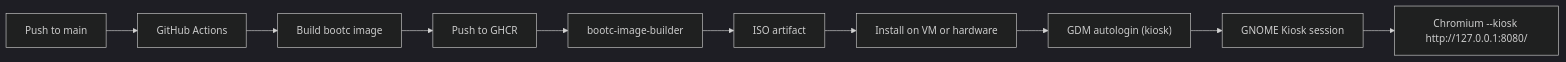
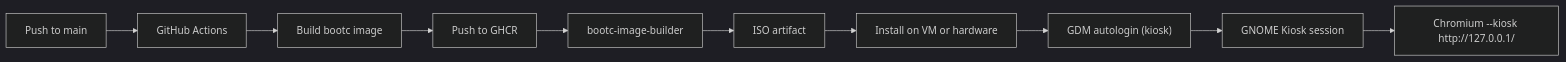
Before and after one commit to thomassmart/image-mode-shenanigans: the diagram in README.md, drawn with Mermaid (dark theme). The commit also changed other lines of this file and 6 other files, not shown here.

````diff
--- a/README.md
+++ b/README.md
@@ -17,12 +17,12 @@
 ```mermaid
 flowchart LR
   A["Push to main"] --> B["GitHub Actions"]
   B --> C["Build bootc image"]
   C --> D["Push to GHCR"]
   D --> E["bootc-image-builder"]
   E --> F["ISO artifact"]
   F --> G["Install on VM or hardware"]
   G --> H["GDM autologin (kiosk)"]
   H --> I["GNOME Kiosk session"]
-  I --> J["Chromium --kiosk http://127.0.0.1:8080/"]
+  I --> J["Chromium --kiosk http://127.0.0.1/"]
 ```
````
